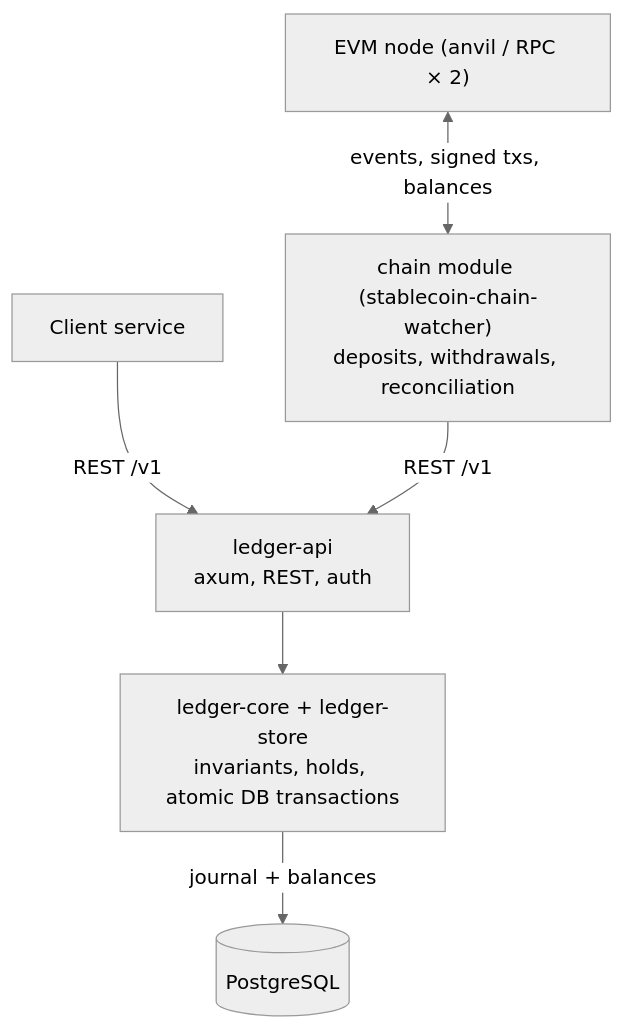
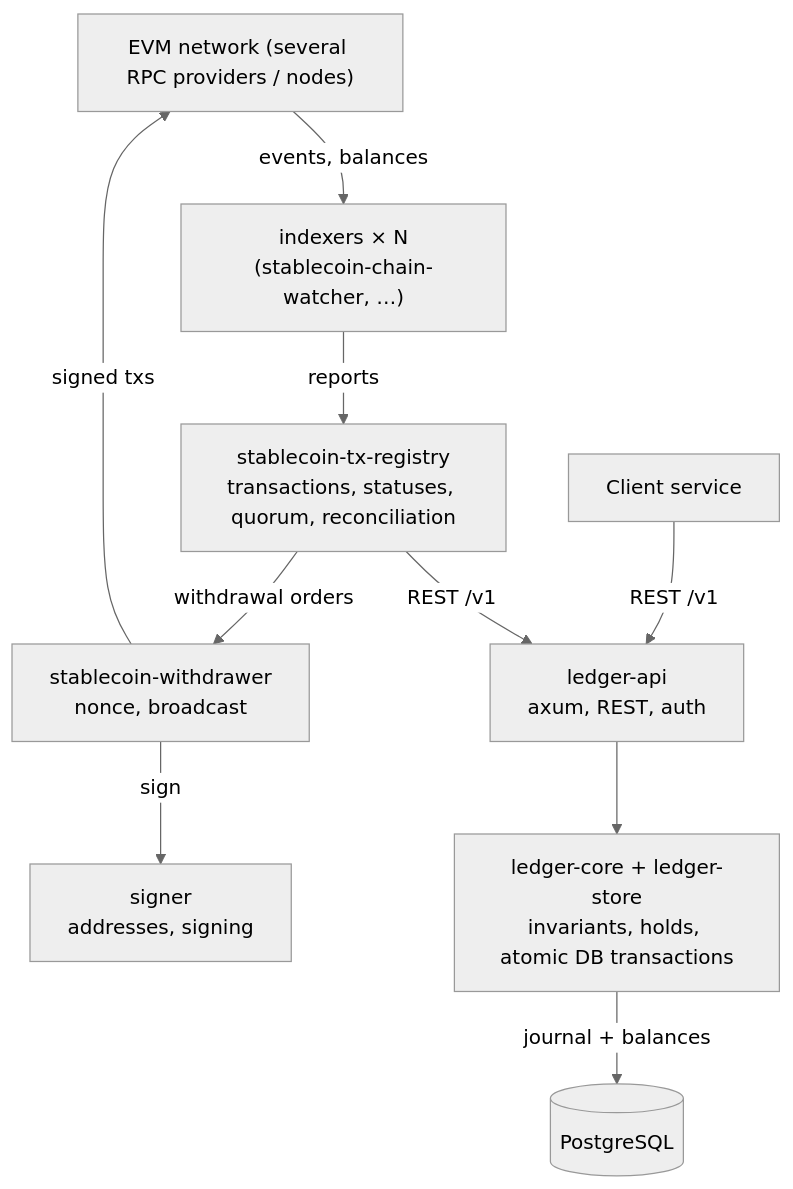
The diagram in docs/specification.md (Next-Vector/stablecoin-ledger), drawn with Mermaid (neutral theme) before and after one commit. The commit also changed other lines of this file and 3 other files, not shown here.

Commit message:
docs: describe the tx registry, indexers and withdrawer (#72)

````diff
--- a/docs/specification.md
+++ b/docs/specification.md
@@ -319,18 +319,25 @@
 ```mermaid
 flowchart TB
     client[Client service]
-    node["EVM node (anvil / RPC × 2)"]
+    node["EVM network (several RPC providers / nodes)"]
 
-    chain["chain module (stablecoin-chain-watcher)<br/>deposits, withdrawals, reconciliation"]
+    idx["indexers × N<br/>(stablecoin-chain-watcher, …)"]
+    reg["stablecoin-tx-registry<br/>transactions, statuses, quorum, reconciliation"]
+    wd["stablecoin-withdrawer<br/>nonce, broadcast"]
+    signer["signer<br/>addresses, signing"]
     api["ledger-api<br/>axum, REST, auth"]
 
     core["ledger-core + ledger-store<br/>invariants, holds, atomic DB transactions"]
     pg[(PostgreSQL)]
 
     client -- "REST /v1" --> api
-    node <-- "events, signed txs, balances" --> chain
-    chain -- "REST /v1" --> api
+    node -- "events, balances" --> idx
+    idx -- "reports" --> reg
+    reg -- "withdrawal orders" --> wd
+    wd -- "sign" --> signer
+    wd -- "signed txs" --> node
+    reg -- "REST /v1" --> api
 
     api --> core
     core -- "journal + balances" --> pg
 ```
````
